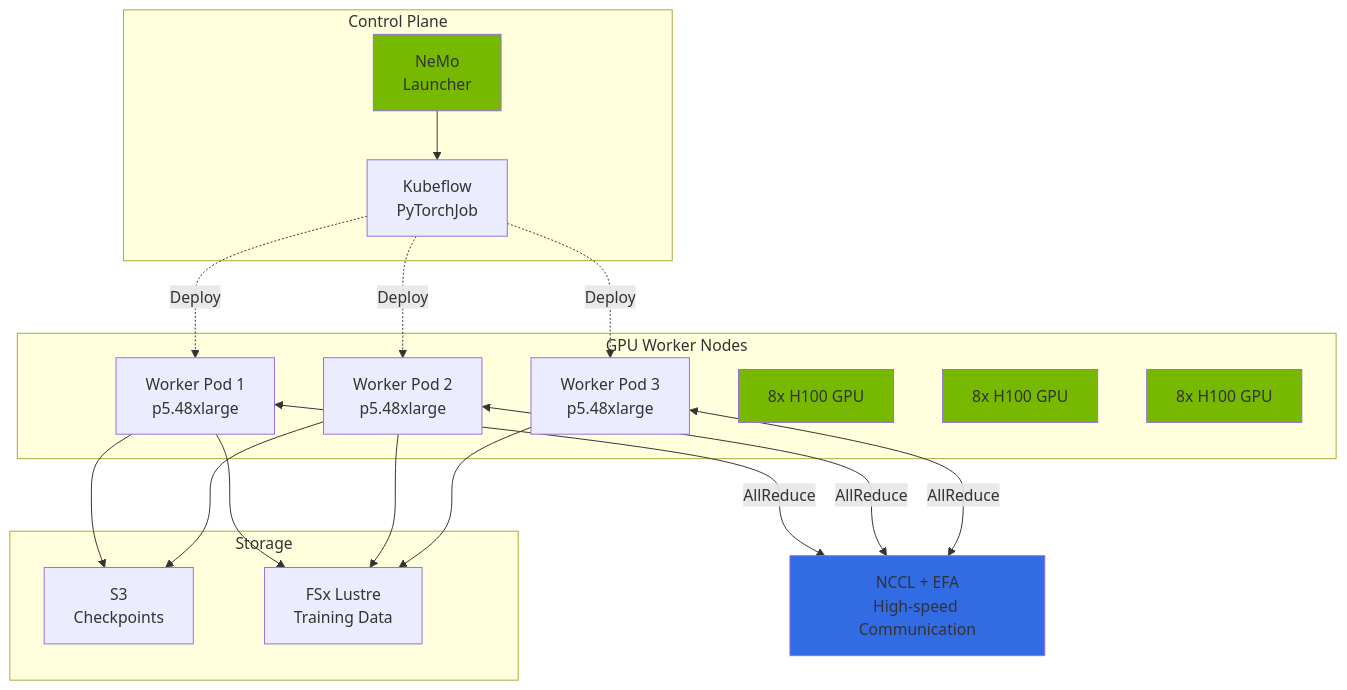
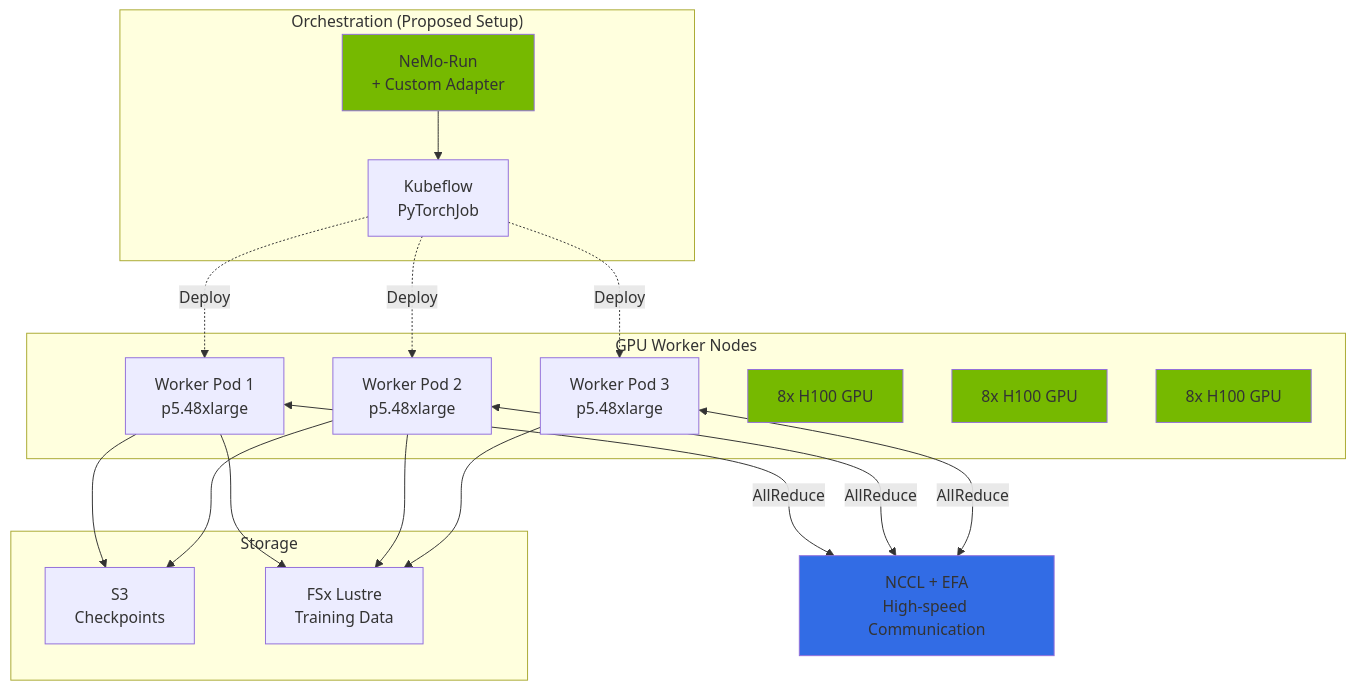
One commit to devfloor9/engineering-playbook changed the second of 6 diagrams in docs/agentic-ai-platform/model-serving/inference-frameworks/nemo-framework.md. Above: the diagram before and after it, drawn with Mermaid. The commit also changed other lines of this file and 37 other files, not shown here.

````diff
--- a/docs/agentic-ai-platform/model-serving/inference-frameworks/nemo-framework.md
+++ b/docs/agentic-ai-platform/model-serving/inference-frameworks/nemo-framework.md
@@ -75,44 +75,44 @@
 ```mermaid
 flowchart TB
-    subgraph Control["Control Plane"]
-        Launcher[NeMo<br/>Launcher]
+    subgraph Control["Orchestration (Proposed Setup)"]
+        Launcher[NeMo-Run<br/>+ Custom Adapter]
         Scheduler[Kubeflow<br/>PyTorchJob]
     end
 
     subgraph Workers["GPU Worker Nodes"]
         W1[Worker Pod 1<br/>p5.48xlarge]
         W2[Worker Pod 2<br/>p5.48xlarge]
         W3[Worker Pod 3<br/>p5.48xlarge]
         G1[8x H100 GPU]
         G2[8x H100 GPU]
         G3[8x H100 GPU]
     end
 
     subgraph Storage["Storage"]
         S3[S3<br/>Checkpoints]
         FSx[FSx Lustre<br/>Training Data]
     end
 
     NCCL[NCCL + EFA<br/>High-speed Communication]
 
     Launcher --> Scheduler
     Scheduler -.->|Deploy| W1
     Scheduler -.->|Deploy| W2
     Scheduler -.->|Deploy| W3
 
     W1 <-->|AllReduce| NCCL
     W2 <-->|AllReduce| NCCL
     W3 <-->|AllReduce| NCCL
 
     W1 --> S3
     W2 --> S3
     W1 --> FSx
     W2 --> FSx
     W3 --> FSx
 
     style Launcher fill:#76b900
     style NCCL fill:#326ce5
     style G1 fill:#76b900
     style G2 fill:#76b900
     style G3 fill:#76b900
 ```
````
